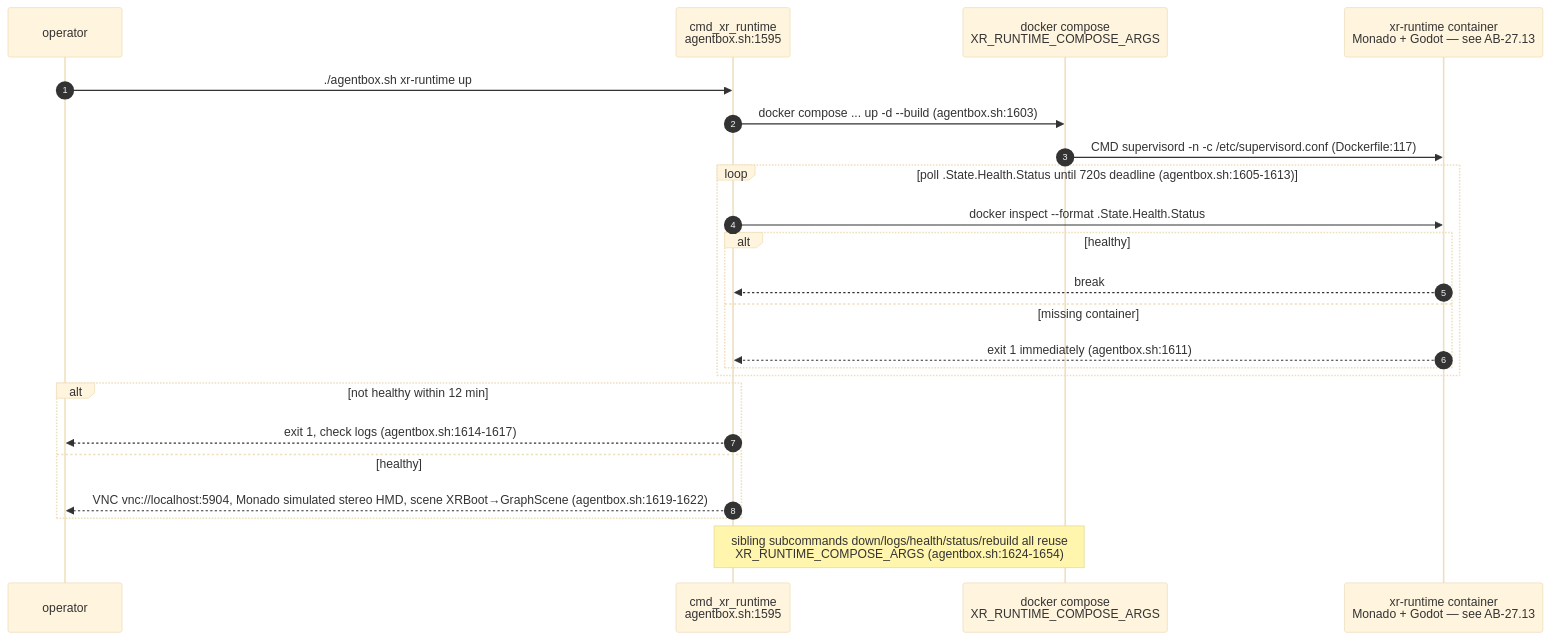
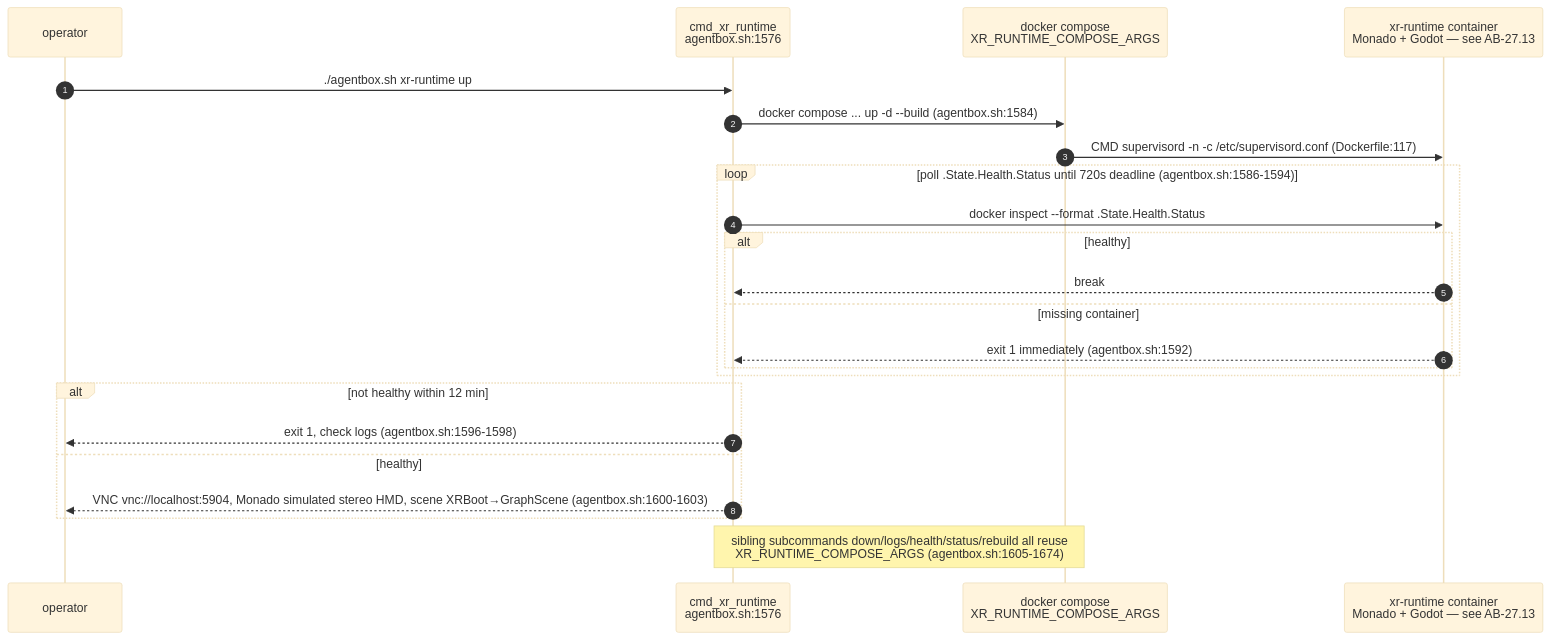
One commit to DreamLab-AI/VisionFlow changed the ninth of 13 diagrams in docs/diagrams/agentbox/06-sidecars-and-compose-overlays.md. Above: the diagram before and after it, drawn with Mermaid (base theme). The commit also changed other lines of this file and 111 other files, not shown here.

Commit message:
docs(diagrams): align estate maps with current source

````diff
--- a/docs/diagrams/agentbox/06-sidecars-and-compose-overlays.md
+++ b/docs/diagrams/agentbox/06-sidecars-and-compose-overlays.md
@@ -266,26 +266,26 @@
 ```mermaid
 sequenceDiagram
     autonumber
     participant OP as operator
-    participant SH as cmd_xr_runtime<br/>agentbox.sh:1595
+    participant SH as cmd_xr_runtime<br/>agentbox.sh:1576
     participant DC as docker compose<br/>XR_RUNTIME_COMPOSE_ARGS
     participant XR as xr-runtime container<br/>Monado + Godot — see AB-27.13
 
     OP->>SH: ./agentbox.sh xr-runtime up
-    SH->>DC: docker compose ... up -d --build (agentbox.sh:1603)
+    SH->>DC: docker compose ... up -d --build (agentbox.sh:1584)
     DC->>XR: CMD supervisord -n -c /etc/supervisord.conf (Dockerfile:117)
-    loop poll .State.Health.Status until 720s deadline (agentbox.sh:1605-1613)
+    loop poll .State.Health.Status until 720s deadline (agentbox.sh:1586-1594)
         SH->>XR: docker inspect --format .State.Health.Status
         alt healthy
             XR-->>SH: break
         else missing container
-            XR-->>SH: exit 1 immediately (agentbox.sh:1611)
+            XR-->>SH: exit 1 immediately (agentbox.sh:1592)
         end
     end
     alt not healthy within 12 min
-        SH-->>OP: exit 1, check logs (agentbox.sh:1614-1617)
+        SH-->>OP: exit 1, check logs (agentbox.sh:1596-1598)
     else healthy
-        SH-->>OP: VNC vnc://localhost:5904, Monado simulated stereo HMD, scene XRBoot→GraphScene (agentbox.sh:1619-1622)
+        SH-->>OP: VNC vnc://localhost:5904, Monado simulated stereo HMD, scene XRBoot→GraphScene (agentbox.sh:1600-1603)
     end
-    Note over SH,DC: sibling subcommands down/logs/health/status/rebuild all reuse<br/>XR_RUNTIME_COMPOSE_ARGS (agentbox.sh:1624-1654)
+    Note over SH,DC: sibling subcommands down/logs/health/status/rebuild all reuse<br/>XR_RUNTIME_COMPOSE_ARGS (agentbox.sh:1605-1674)
 ```
````
